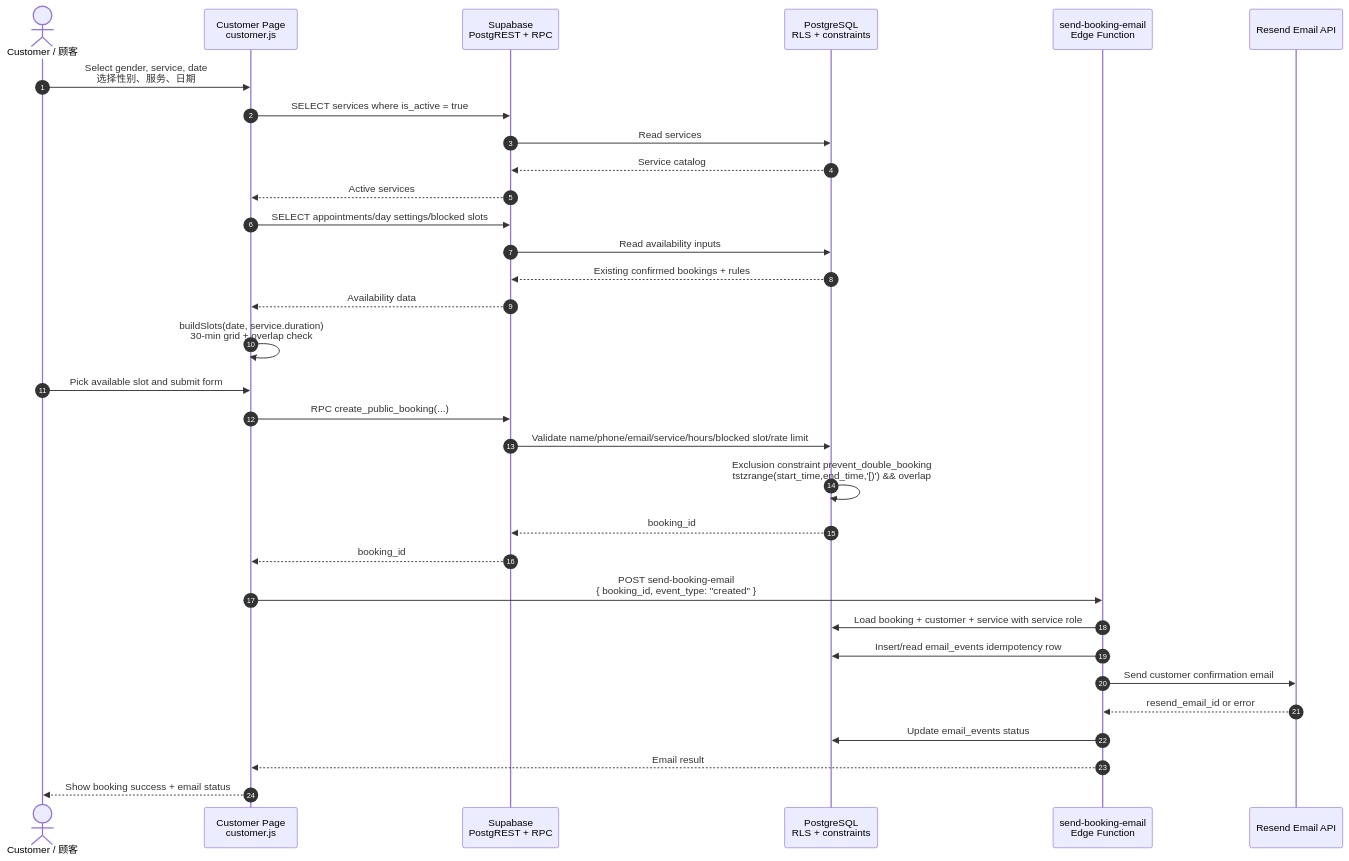
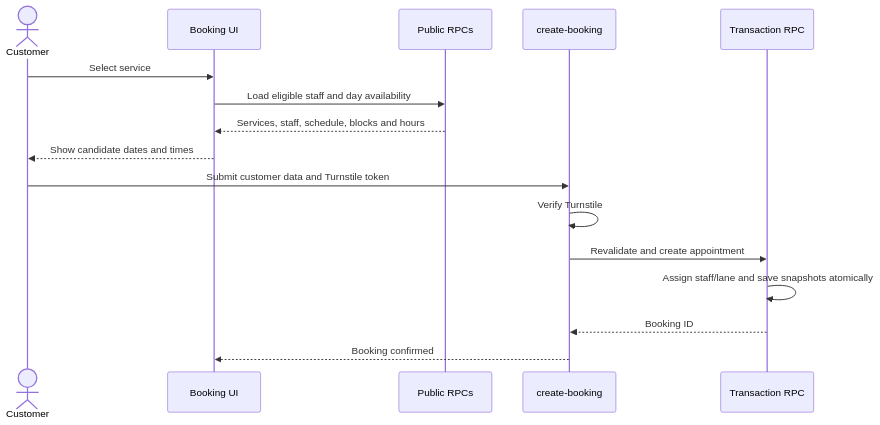
The second of 2 diagrams in docs/architecture.md (iwaszm/openslot), drawn with Mermaid before and after one commit. The commit also changed other lines of this file and 14 other files, not shown here.

Commit message:
Harden booking email delivery

````diff
--- a/docs/architecture.md
+++ b/docs/architecture.md
@@ -84,38 +79,19 @@
 ```mermaid
 sequenceDiagram
-  autonumber
-  actor Customer as Customer / 顾客
-  participant UI as Customer Page<br/>customer.js
-  participant API as Supabase<br/>PostgREST + RPC
-  participant DB as PostgreSQL<br/>RLS + constraints
-  participant Edge as send-booking-email<br/>Edge Function
-  participant Resend as Resend Email API
+  actor Customer
+  participant UI as Booking UI
+  participant Public as Public RPCs
+  participant Edge as create-booking
+  participant DB as Transaction RPC
 
-  Customer->>UI: Select gender, service, date<br/>选择性别、服务、日期
-  UI->>API: SELECT services where is_active = true
-  API->>DB: Read services
-  DB-->>API: Service catalog
-  API-->>UI: Active services
-
-  UI->>API: SELECT appointments/day settings/blocked slots
-  API->>DB: Read availability inputs
-  DB-->>API: Existing confirmed bookings + rules
-  API-->>UI: Availability data
-  UI->>UI: buildSlots(date, service.duration)<br/>30-min grid + overlap check
-  Customer->>UI: Pick available slot and submit form
-
-  UI->>API: RPC create_public_booking(...)
-  API->>DB: Validate name/phone/email/service/hours/blocked slot/rate limit
-  DB->>DB: Exclusion constraint prevent_double_booking<br/>tstzrange(start_time,end_time,'[)') && overlap
-  DB-->>API: booking_id
-  API-->>UI: booking_id
-
-  UI->>Edge: POST send-booking-email<br/>{ booking_id, event_type: "created" }
-  Edge->>DB: Load booking + customer + service with service role
-  Edge->>DB: Insert/read email_events idempotency row
-  Edge->>Resend: Send customer confirmation email
-  Resend-->>Edge: resend_email_id or error
-  Edge->>DB: Update email_events status
-  Edge-->>UI: Email result
-  UI-->>Customer: Show booking success + email status
+  Customer->>UI: Select service
+  UI->>Public: Load eligible staff and day availability
+  Public-->>UI: Services, staff, schedule, blocks and hours
+  UI-->>Customer: Show candidate dates and times
+  Customer->>Edge: Submit customer data and Turnstile token
+  Edge->>Edge: Verify Turnstile
+  Edge->>DB: Revalidate and create appointment
+  DB->>DB: Assign staff/lane and save snapshots atomically
+  DB-->>Edge: Booking ID
+  Edge-->>UI: Booking confirmed
 ```
````
